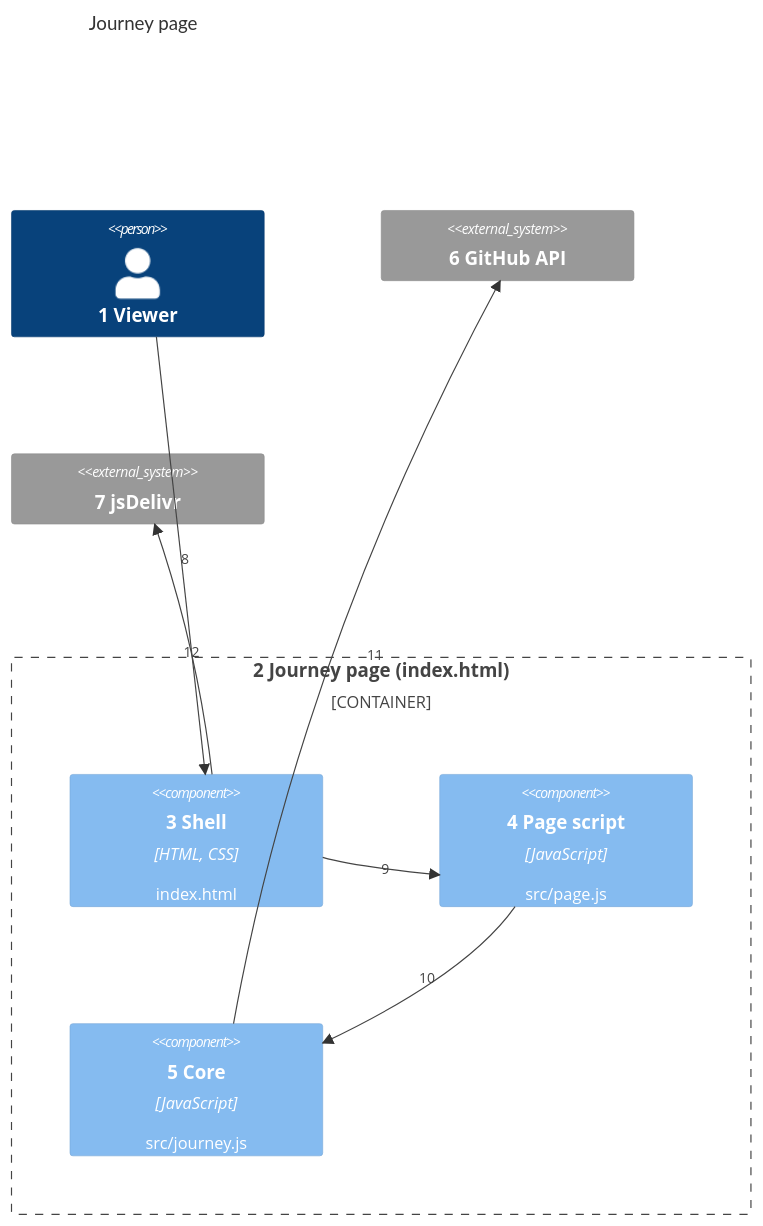
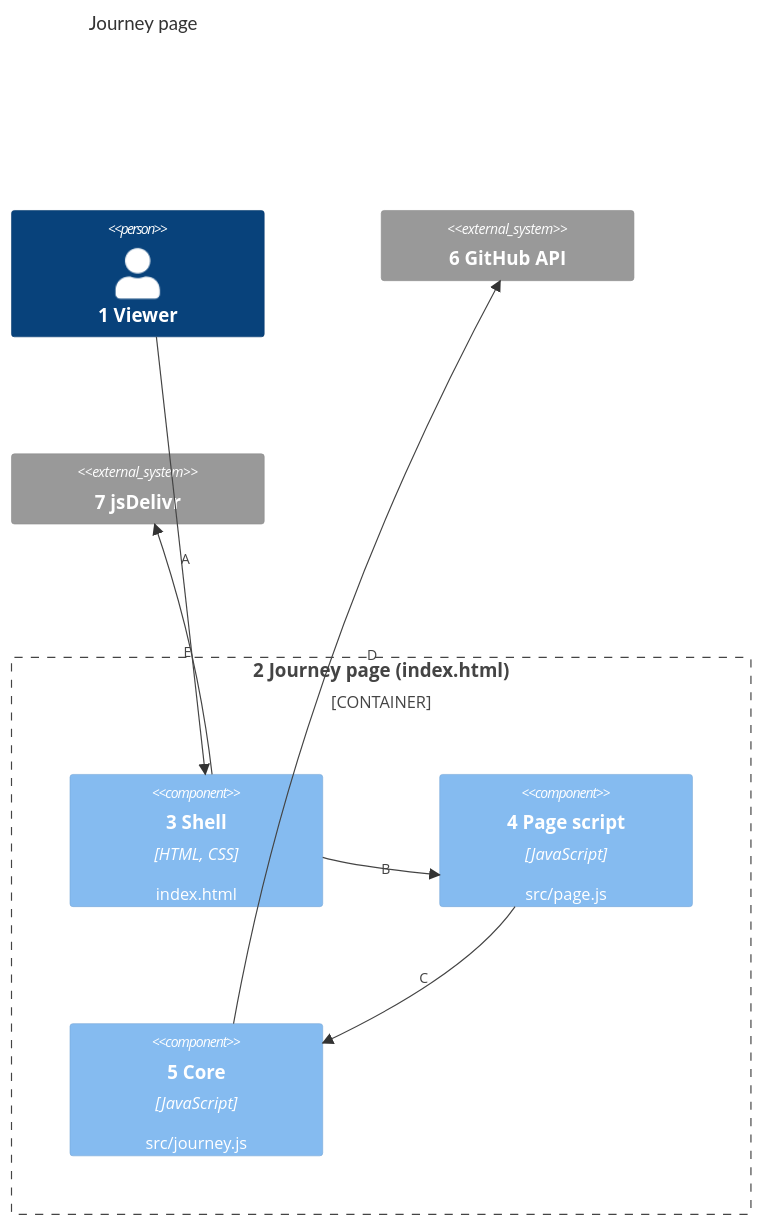
Before and after one commit to may-journal/journey: the first of 2 diagrams in docs/architecture/03-components.md, drawn with Mermaid. The commit also changed other lines of this file and 4 other files, not shown here.

First line of the commit message:
docs(architecture): connector callouts are letters (#15)

````diff
--- a/docs/architecture/03-components.md
+++ b/docs/architecture/03-components.md
@@ -7,21 +7,21 @@
 ```mermaid
 C4Component
     title Journey page
 
     Person(viewer, "1 Viewer")
 
     Container_Boundary(page, "2 Journey page (index.html)") {
         Component(shell, "3 Shell", "HTML, CSS", "index.html")
         Component(screen, "4 Page script", "JavaScript", "src/page.js")
         Component(core, "5 Core", "JavaScript", "src/journey.js")
     }
 
     System_Ext(github, "6 GitHub API")
     System_Ext(cdn, "7 jsDelivr")
 
-    Rel(viewer, shell, "8")
-    Rel(shell, screen, "9")
-    Rel(screen, core, "10")
-    Rel(core, github, "11")
-    Rel(shell, cdn, "12")
+    Rel(viewer, shell, "A")
+    Rel(shell, screen, "B")
+    Rel(screen, core, "C")
+    Rel(core, github, "D")
+    Rel(shell, cdn, "E")
 ```
````
